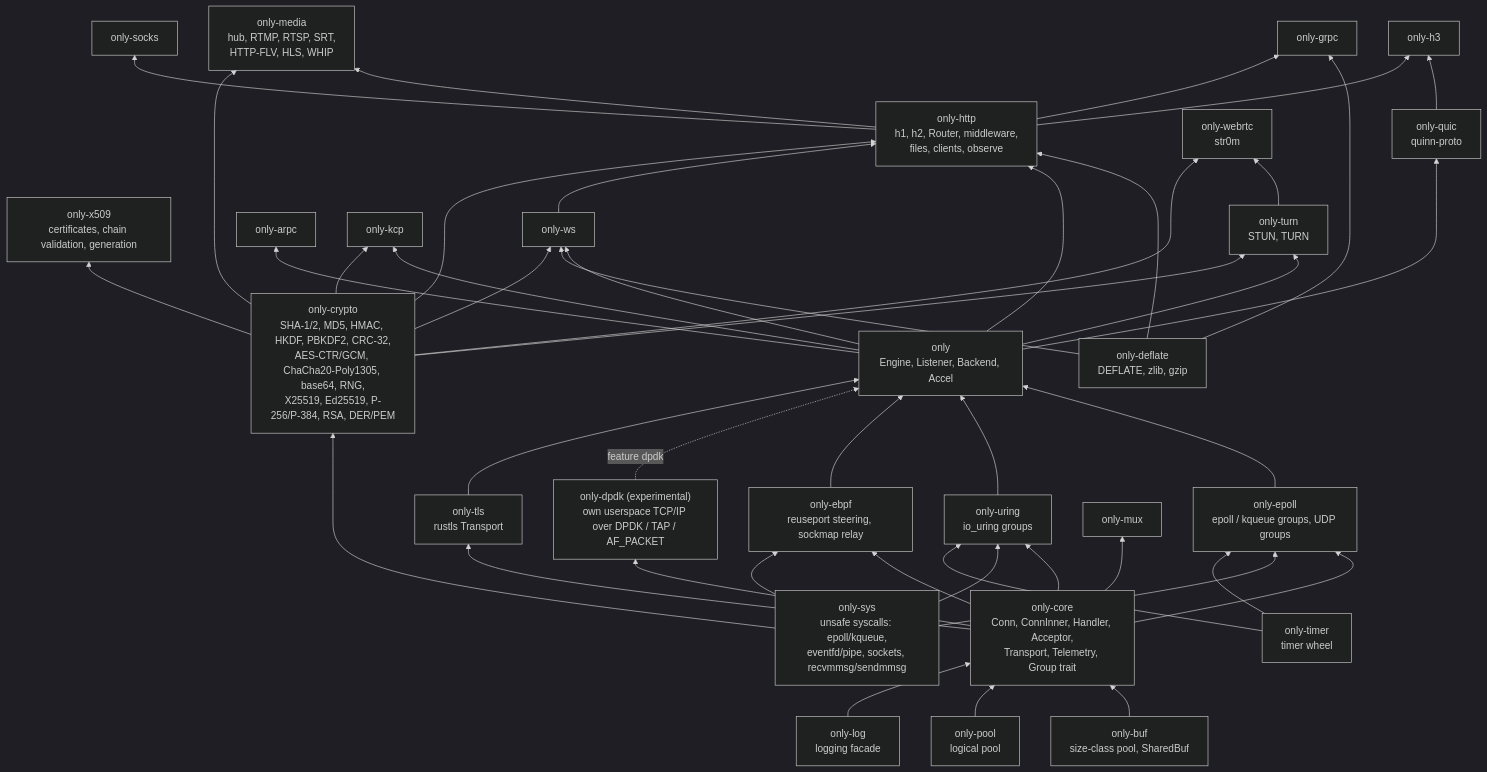
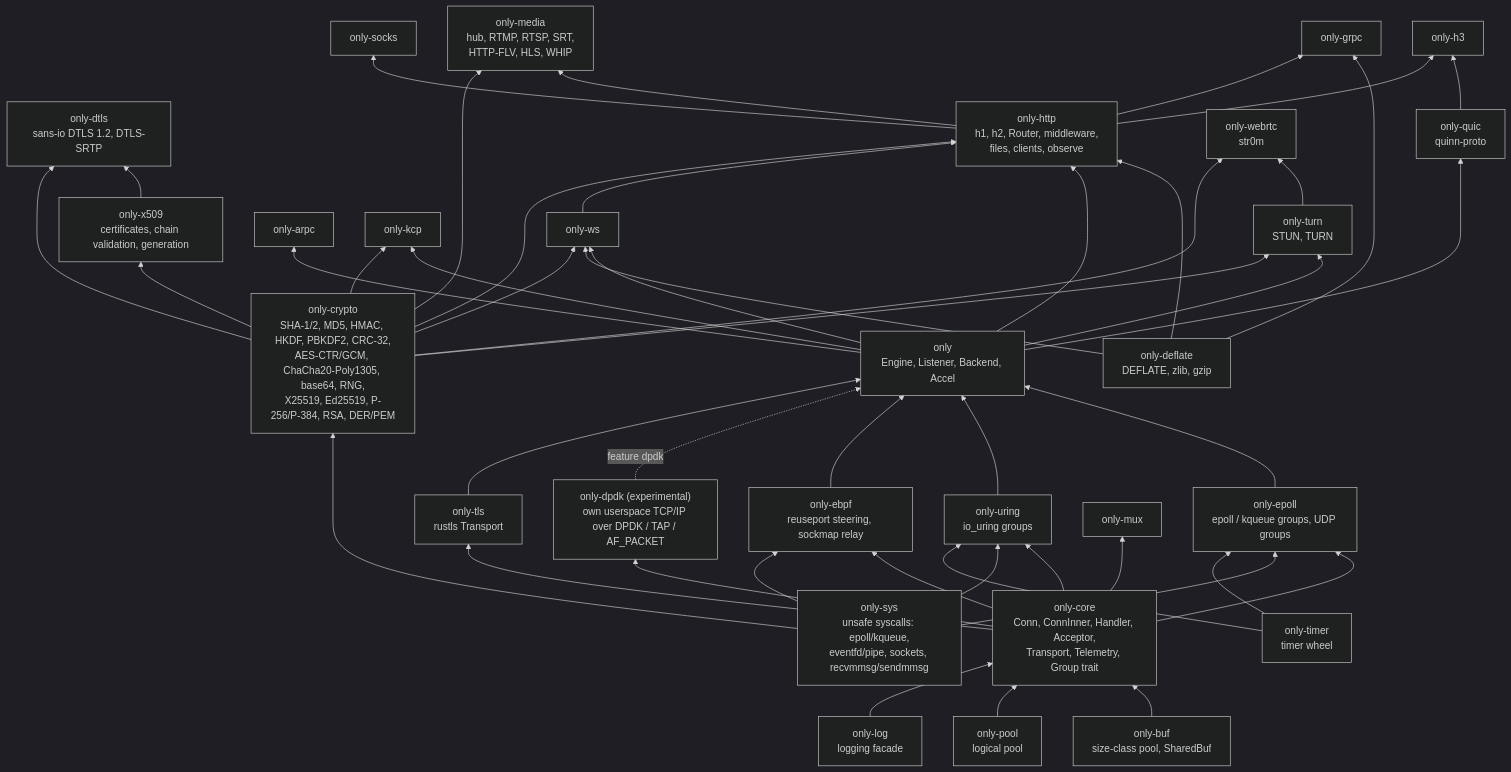
One commit to lesismal/akio changed the first of 6 diagrams in docs/architecture.md. Above: the diagram before and after it, drawn with Mermaid (dark theme). The commit also changed other lines of this file and 55 other files, not shown here.

First line of the commit message:
feat(only-dtls): sans-io DTLS 1.2 with DTLS-SRTP (DEV-PLAN wave C)

````diff
--- a/docs/architecture.md
+++ b/docs/architecture.md
@@ -13,74 +13,77 @@
 ```mermaid
 flowchart BT
     sys["only-sys<br/>unsafe syscalls: epoll/kqueue,<br/>eventfd/pipe, sockets, recvmmsg/sendmmsg"]
     crypto["only-crypto<br/>SHA-1/2, MD5, HMAC, HKDF, PBKDF2, CRC-32,<br/>AES-CTR/GCM, ChaCha20-Poly1305, base64, RNG,<br/>X25519, Ed25519, P-256/P-384, RSA, DER/PEM"]
     x509["only-x509<br/>certificates, chain validation, generation"]
+    dtls["only-dtls<br/>sans-io DTLS 1.2, DTLS-SRTP"]
     buf["only-buf<br/>size-class pool, SharedBuf"]
     timer["only-timer<br/>timer wheel"]
     deflate["only-deflate<br/>DEFLATE, zlib, gzip"]
     logc["only-log<br/>logging facade"]
     pool["only-pool<br/>logical pool"]
     core["only-core<br/>Conn, ConnInner, Handler, Acceptor,<br/>Transport, Telemetry, Group trait"]
     epoll["only-epoll<br/>epoll / kqueue groups, UDP groups"]
     uring["only-uring<br/>io_uring groups"]
     ebpf["only-ebpf<br/>reuseport steering, sockmap relay"]
     dpdk["only-dpdk (experimental)<br/>own userspace TCP/IP over DPDK / TAP / AF_PACKET"]
     tls["only-tls<br/>rustls Transport"]
     facade["only<br/>Engine, Listener, Backend, Accel"]
     http["only-http<br/>h1, h2, Router, middleware,<br/>files, clients, observe"]
     ws[only-ws]
     grpc[only-grpc]
     arpc[only-arpc]
     socks[only-socks]
     mux[only-mux]
     quic["only-quic<br/>quinn-proto"]
     h3[only-h3]
     kcp[only-kcp]
     turn["only-turn<br/>STUN, TURN"]
     webrtc["only-webrtc<br/>str0m"]
     media["only-media<br/>hub, RTMP, RTSP, SRT,<br/>HTTP-FLV, HLS, WHIP"]
 
     buf --> core
     pool --> core
     logc --> core
     core --> epoll
     sys --> epoll
     timer --> epoll
     core --> uring
     sys --> uring
     timer --> uring
     core --> ebpf
     core --> dpdk
     sys --> ebpf
     core --> tls
     epoll --> facade
     uring --> facade
     ebpf --> facade
     dpdk -.->|feature dpdk| facade
     tls --> facade
     facade --> ws
     deflate --> ws
     deflate --> http
     deflate --> grpc
     facade --> http
     ws --> http
     http --> grpc
     facade --> arpc
     http --> socks
     core --> mux
     facade --> quic
     quic --> h3
     http --> h3
     facade --> kcp
     facade --> turn
     turn --> webrtc
     http --> media
     sys --> crypto
     crypto --> x509
+    x509 --> dtls
+    crypto --> dtls
     crypto --> ws
     crypto --> http
     crypto --> kcp
     crypto --> turn
     crypto --> webrtc
     crypto --> media
 ```
````
